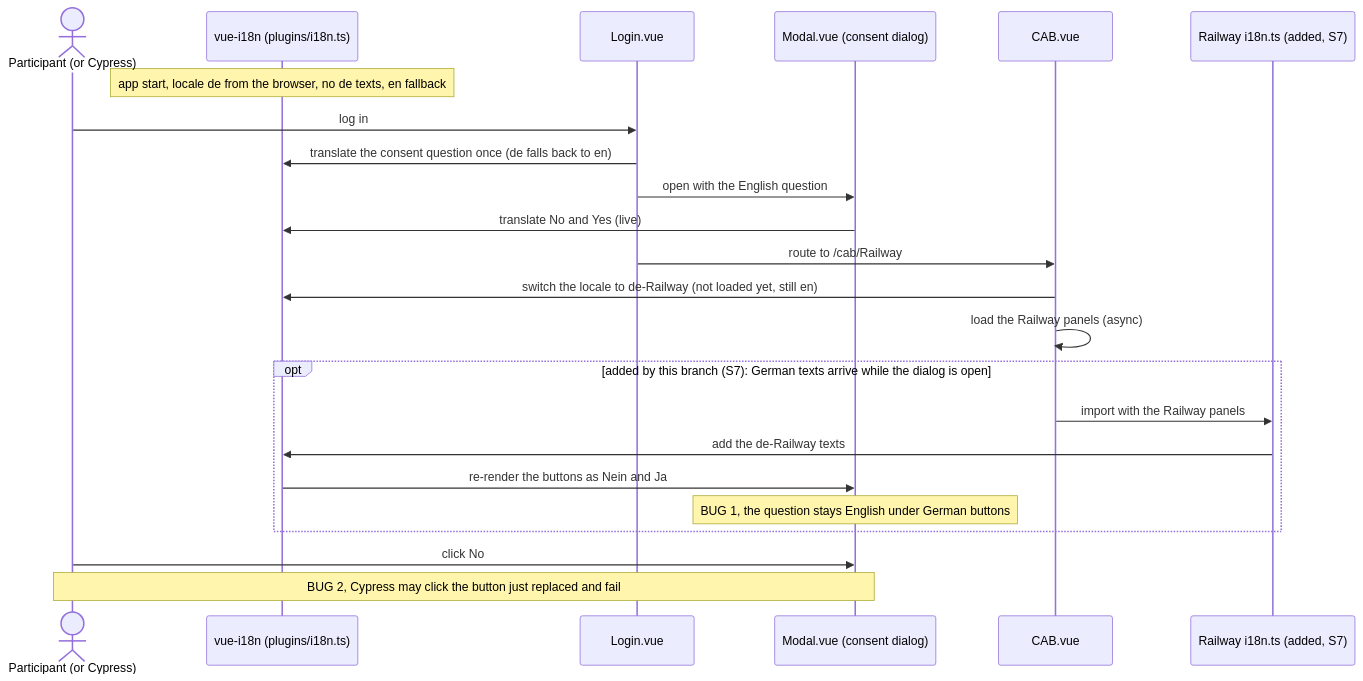
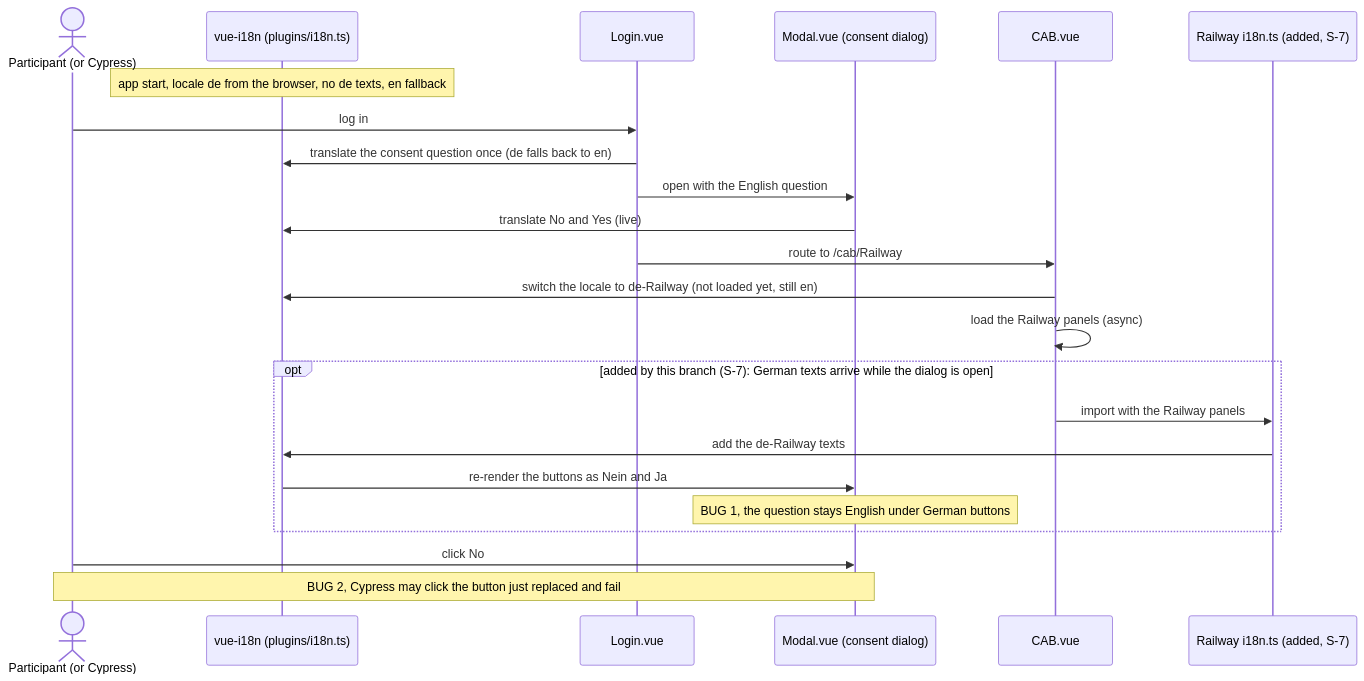
Before and after one commit to ainetus/InteractiveAI: diagram 17 of 19 in docs/plans/railway-use-case.md, drawn with Mermaid. The commit also changed other lines of this file, not shown here.

Commit message:
docs(plans): name the Railway plan's IDs by kind with a dash and mark steps and phases done or open

````diff
--- a/docs/plans/railway-use-case.md
+++ b/docs/plans/railway-use-case.md
@@ -2674,25 +2674,25 @@
     ```mermaid
     sequenceDiagram
         actor P as Participant (or Cypress)
         participant I18n as vue-i18n (plugins/i18n.ts)
         participant Login as Login.vue
         participant Modal as Modal.vue (consent dialog)
         participant CAB as CAB.vue
-        participant RailI18n as Railway i18n.ts (added, S7)
+        participant RailI18n as Railway i18n.ts (added, S-7)
         Note over I18n: app start, locale de from the browser, no de texts, en fallback
         P->>Login: log in
         Login->>I18n: translate the consent question once (de falls back to en)
         Login->>Modal: open with the English question
         Modal->>I18n: translate No and Yes (live)
         Login->>CAB: route to /cab/Railway
         CAB->>I18n: switch the locale to de-Railway (not loaded yet, still en)
         CAB->>CAB: load the Railway panels (async)
-        opt added by this branch (S7): German texts arrive while the dialog is open
+        opt added by this branch (S-7): German texts arrive while the dialog is open
             CAB->>RailI18n: import with the Railway panels
             RailI18n->>I18n: add the de-Railway texts
             I18n->>Modal: re-render the buttons as Nein and Ja
             Note over Modal: BUG 1, the question stays English under German buttons
         end
         P->>Modal: click No
         Note over P,Modal: BUG 2, Cypress may click the button just replaced and fail
     ```
````
